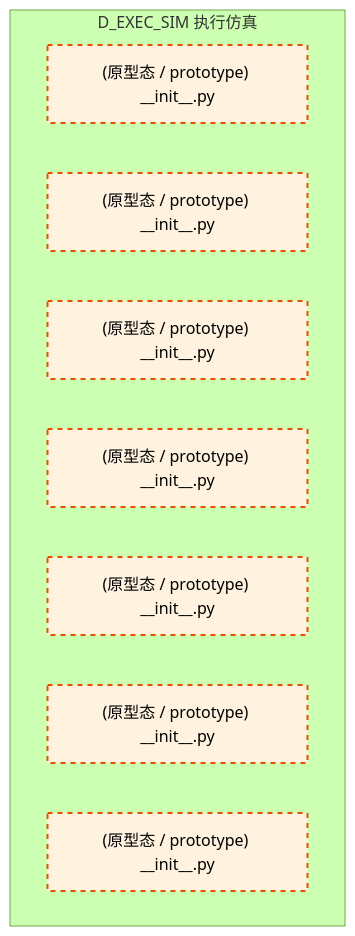
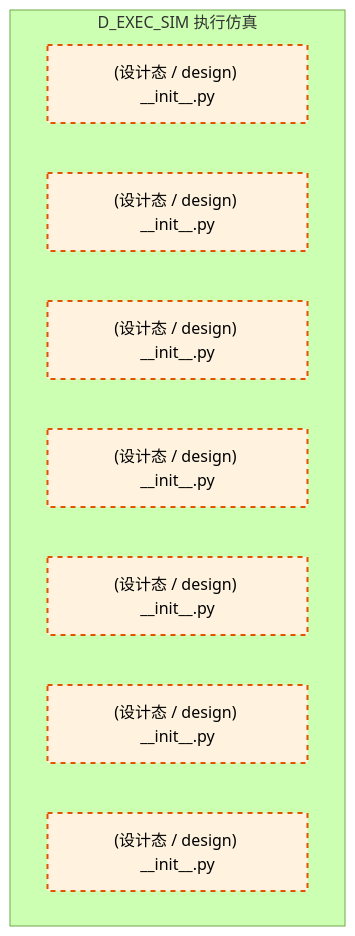
One commit to xuanFelixVan/ZephyrAlpha changed the second of 2 diagrams in docs/02_enterprise_architecture/02_domain_architecture_docs/33_d_exec_sim.md. Above: the diagram before and after it, drawn with Mermaid (forest theme). The commit also changed other lines of this file and 177 other files, not shown here.

````diff
--- a/docs/02_enterprise_architecture/02_domain_architecture_docs/33_d_exec_sim.md
+++ b/docs/02_enterprise_architecture/02_domain_architecture_docs/33_d_exec_sim.md
@@ -103,17 +102,17 @@
 ```mermaid
 graph TD
     subgraph D_EXEC_SIM["D_EXEC_SIM 执行仿真"]
-        src_zephyr_execution_simulation_init_py["(原型态 / prototype) __init__.py"]
-        src_zephyr_execution_simulation_extensions_init_py["(原型态 / prototype) __init__.py"]
-        src_zephyr_execution_simulation_api_init_py["(原型态 / prototype) __init__.py"]
-        src_zephyr_execution_simulation_core_init_py["(原型态 / prototype) __init__.py"]
-        src_zephyr_execution_simulation_infrastructure_init_py["(原型态 / prototype) __init__.py"]
-        src_zephyr_execution_simulation_models_init_py["(原型态 / prototype) __init__.py"]
-        src_zephyr_execution_simulation_services_init_py["(原型态 / prototype) __init__.py"]
+        src_zephyr_execution_simulation_init_py["(设计态 / design) __init__.py"]
+        src_zephyr_execution_simulation_extensions_init_py["(设计态 / design) __init__.py"]
+        src_zephyr_execution_simulation_api_init_py["(设计态 / design) __init__.py"]
+        src_zephyr_execution_simulation_core_init_py["(设计态 / design) __init__.py"]
+        src_zephyr_execution_simulation_infrastructure_init_py["(设计态 / design) __init__.py"]
+        src_zephyr_execution_simulation_models_init_py["(设计态 / design) __init__.py"]
+        src_zephyr_execution_simulation_services_init_py["(设计态 / design) __init__.py"]
     end
     classDef production fill:#e1f5fe,stroke:#01579b,stroke-width:2px,color:#000
     classDef design fill:#fff3e0,stroke:#e65100,stroke-width:2px,color:#000,stroke-dasharray: 5 5
     classDef external_prod fill:#e8f5e9,stroke:#1b5e20,stroke-width:1px,color:#000
     classDef external_design fill:#fce4ec,stroke:#880e4f,stroke-width:1px,color:#000,stroke-dasharray: 5 5
     class src_zephyr_execution_simulation_init_py,src_zephyr_execution_simulation_extensions_init_py,src_zephyr_execution_simulation_api_init_py,src_zephyr_execution_simulation_core_init_py,src_zephyr_execution_simulation_infrastructure_init_py,src_zephyr_execution_simulation_models_init_py,src_zephyr_execution_simulation_services_init_py design
 ```
````
